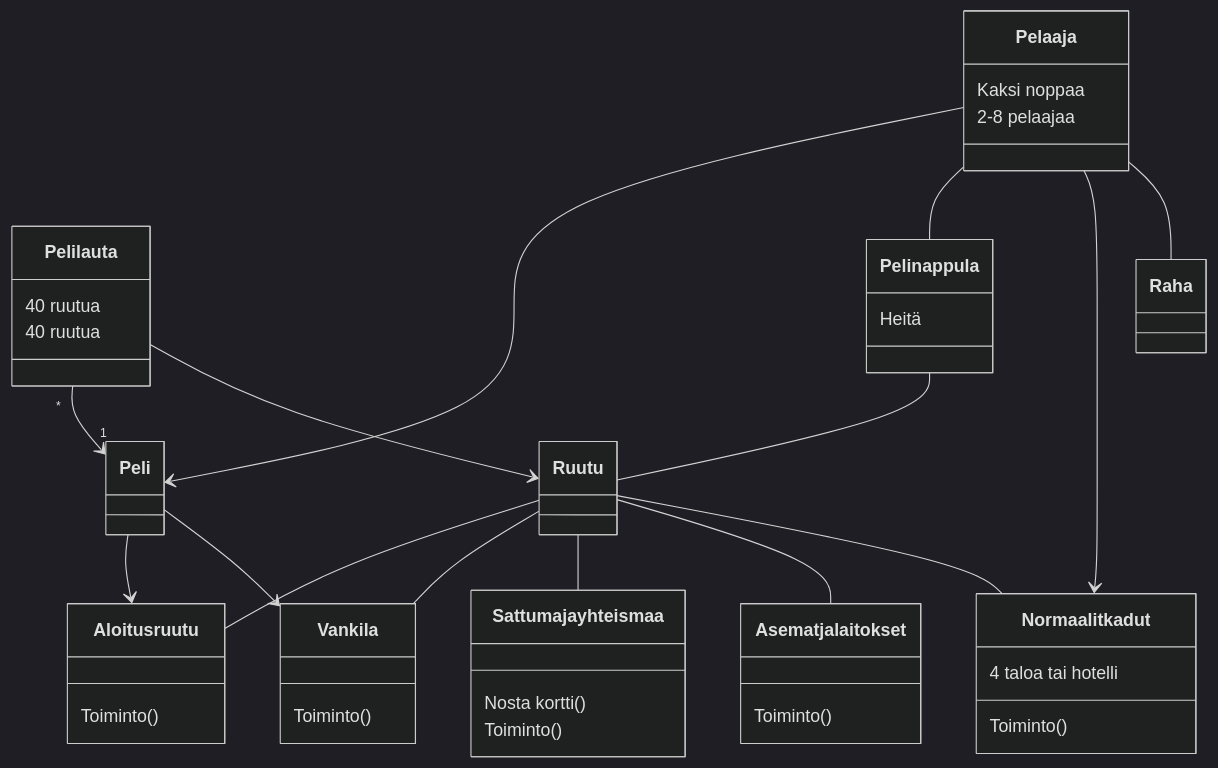
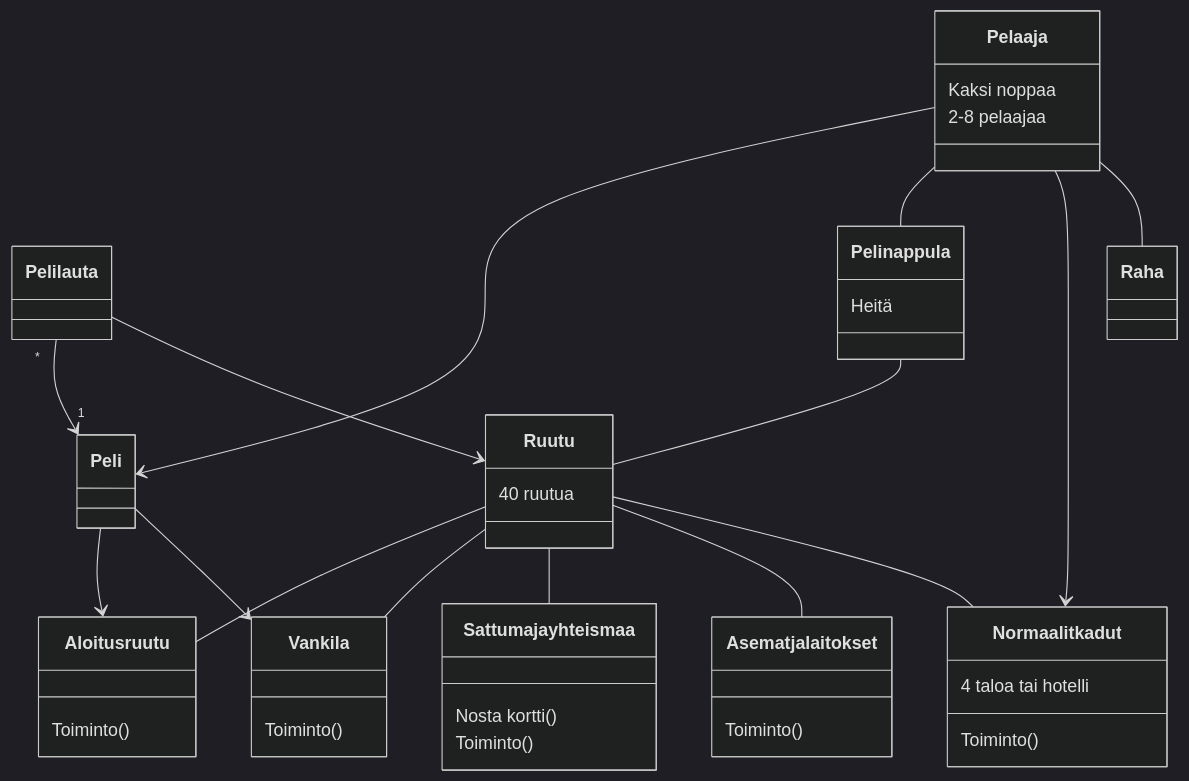
Before and after one commit to ellenra/jumping_game: the diagram in laskarit/viikko3/monopoli_luokkakaavio.md, drawn with Mermaid (dark theme).

````diff
--- a/laskarit/viikko3/monopoli_luokkakaavio.md
+++ b/laskarit/viikko3/monopoli_luokkakaavio.md
@@ -1,32 +1,31 @@
 ```mermaid
  classDiagram
       Pelilauta "*" --> "1" Peli
-      Pelilauta : 40 ruutua
       Pelaaja --> Peli
       Pelaaja : Kaksi noppaa
       Pelaaja : 2-8 pelaajaa
       Pelaaja -- Pelinappula
       Pelinappula -- Ruutu
       Pelinappula : Heitä
       Ruutu -- Aloitusruutu
       Ruutu -- Vankila
       Ruutu -- Sattuma ja yhteismaa
       Ruutu -- Asemat ja laitokset
       Ruutu -- Normaalit kadut
       Pelilauta --> Ruutu
       Pelaaja --> Normaalit kadut
       Normaalit kadut : 4 taloa tai hotelli
       Normaalit kadut : Toiminto()
       Peli --> Aloitusruutu
       Peli --> Vankila
       Sattuma ja yhteismaa : Nosta kortti()
       Sattuma ja yhteismaa : Toiminto()
       Aloitusruutu : Toiminto()
       Vankila : Toiminto()
       Asemat ja laitokset : Toiminto()
       Pelaaja -- Raha
-      Pelilauta : 40 ruutua
+      Ruutu : 40 ruutua
       
       
      
 ```
````
